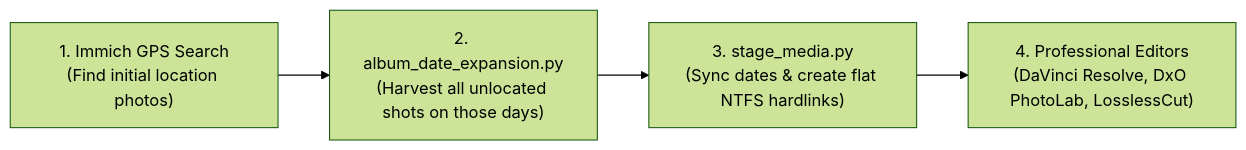
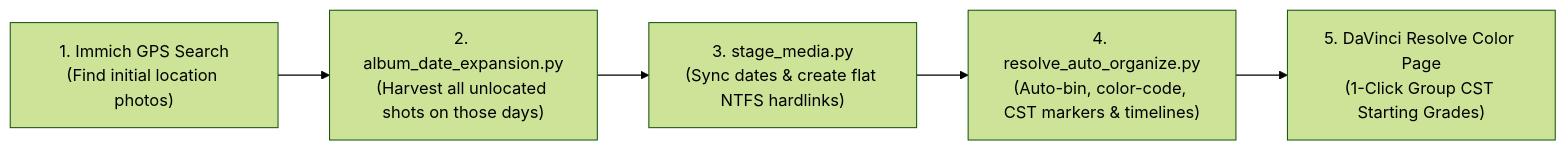
Before and after one commit to tazztone/scripts: the diagram in python/immich-api/README.md, drawn with Mermaid (forest theme). The commit also changed other lines of this file and 3 other files, not shown here.

First line of the commit message:
feat(immich-api): add resolve_auto_organize.py for DaVinci Resolve auto-binning and color prep

````diff
--- a/python/immich-api/README.md
+++ b/python/immich-api/README.md
@@ -21,6 +22,7 @@
 ```mermaid
 flowchart LR
     A["1. Immich GPS Search<br>(Find initial location photos)"] --> B["2. album_date_expansion.py<br>(Harvest all unlocated shots on those days)"]
     B --> C["3. stage_media.py<br>(Sync dates & create flat NTFS hardlinks)"]
-    C --> D["4. Professional Editors<br>(DaVinci Resolve, DxO PhotoLab, LosslessCut)"]
+    C --> D["4. resolve_auto_organize.py<br>(Auto-bin, color-code, CST markers & timelines)"]
+    D --> E["5. DaVinci Resolve Color Page<br>(1-Click Group CST Starting Grades)"]
 ```
````
